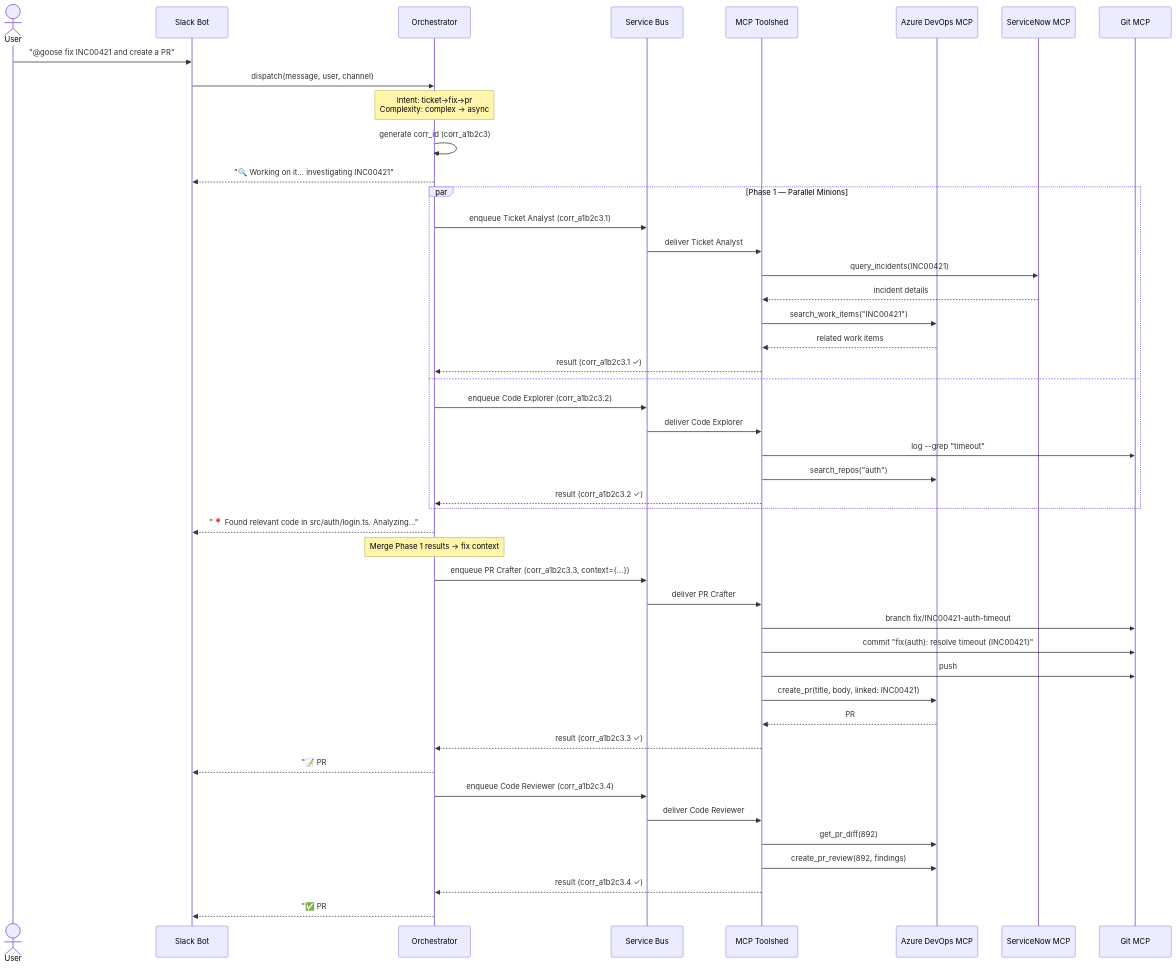
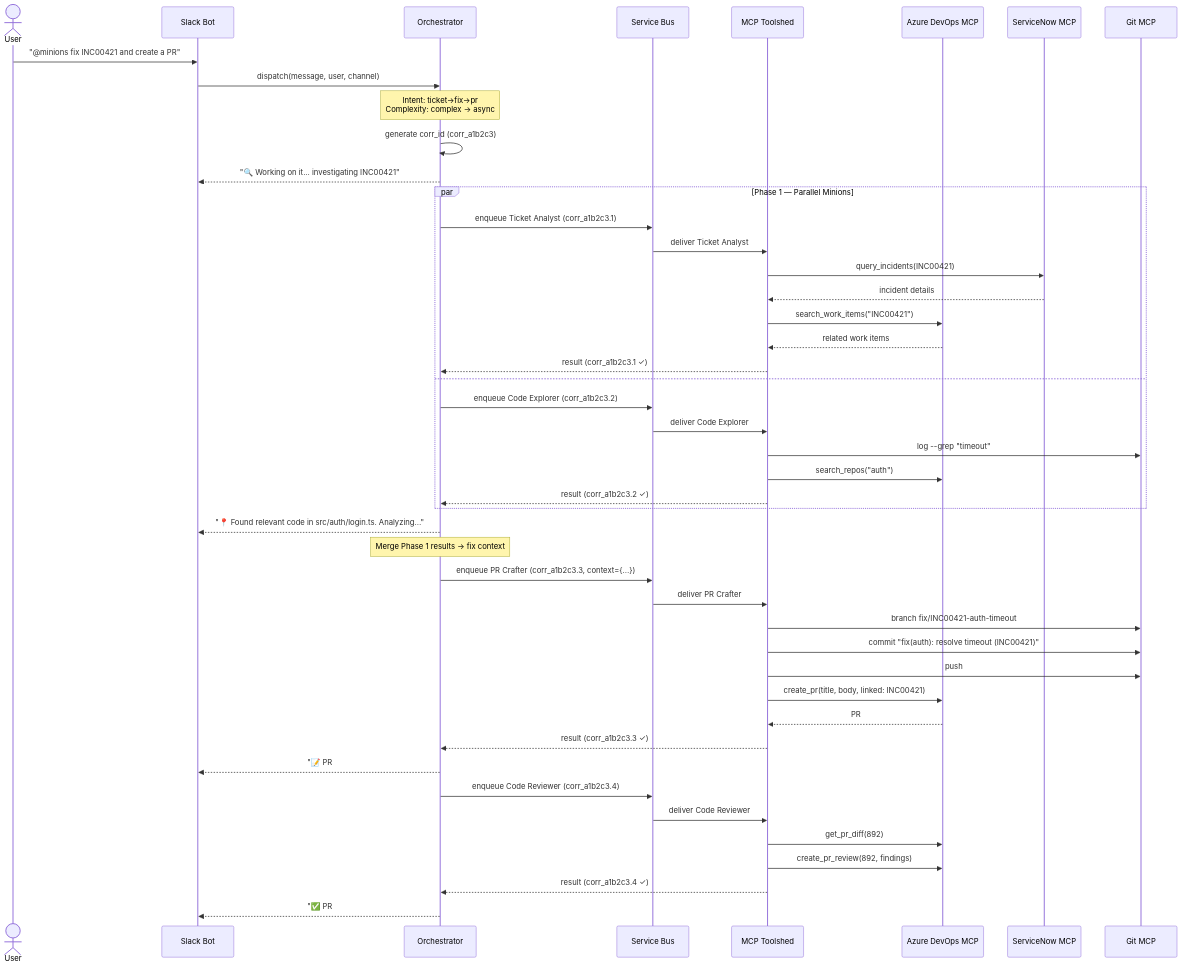
One commit to dr-paulb/managed-service-minions changed the seventh of 12 diagrams in docs/logical-architecture.md. Above: the diagram before and after it, drawn with Mermaid. The commit also changed other lines of this file and 12 other files, not shown here.

First line of the commit message:
refactor: use @minions as the chat handle instead of @goose

````diff
--- a/docs/logical-architecture.md
+++ b/docs/logical-architecture.md
@@ -442,58 +442,58 @@
 ```mermaid
 sequenceDiagram
     actor User
     participant Slack as Slack Bot
     participant Orch as Orchestrator
     participant SB as Service Bus
     participant MCP as MCP Toolshed
     participant ADO as Azure DevOps MCP
     participant SN as ServiceNow MCP
     participant Git as Git MCP
     
-    User->>Slack: "@goose fix INC00421 and create a PR"
+    User->>Slack: "@minions fix INC00421 and create a PR"
     Slack->>Orch: dispatch(message, user, channel)
     
     Note over Orch: Intent: ticket→fix→pr<br/>Complexity: complex → async
     
     Orch->>Orch: generate corr_id (corr_a1b2c3)
     Orch-->>Slack: "🔍 Working on it... investigating INC00421"
     
     par Phase 1 — Parallel Minions
         Orch->>SB: enqueue Ticket Analyst (corr_a1b2c3.1)
         SB->>MCP: deliver Ticket Analyst
         MCP->>SN: query_incidents(INC00421)
         SN-->>MCP: incident details
         MCP->>ADO: search_work_items("INC00421")
         ADO-->>MCP: related work items
         MCP-->>Orch: result (corr_a1b2c3.1 ✓)
     and
         Orch->>SB: enqueue Code Explorer (corr_a1b2c3.2)
         SB->>MCP: deliver Code Explorer
         MCP->>Git: log --grep "timeout"
         MCP->>ADO: search_repos("auth")
         MCP-->>Orch: result (corr_a1b2c3.2 ✓)
     end
     
     Orch-->>Slack: "📍 Found relevant code in src/auth/login.ts. Analyzing..."
     
     Note over Orch: Merge Phase 1 results → fix context
     
     Orch->>SB: enqueue PR Crafter (corr_a1b2c3.3, context={...})
     SB->>MCP: deliver PR Crafter
     MCP->>Git: branch fix/INC00421-auth-timeout
     MCP->>Git: commit "fix(auth): resolve timeout (INC00421)"
     MCP->>Git: push
     MCP->>ADO: create_pr(title, body, linked: INC00421)
     ADO-->>MCP: PR #892 created
     MCP-->>Orch: result (corr_a1b2c3.3 ✓)
     
     Orch-->>Slack: "📝 PR #892 created. Reviewing..."
     
     Orch->>SB: enqueue Code Reviewer (corr_a1b2c3.4)
     SB->>MCP: deliver Code Reviewer
     MCP->>ADO: get_pr_diff(892)
     MCP->>ADO: create_pr_review(892, findings)
     MCP-->>Orch: result (corr_a1b2c3.4 ✓)
     
     Orch-->>Slack: "✅ PR #892: fix(auth): resolve timeout (INC00421)\n│ Review: 2 minor suggestions\n│ [View PR] [Approve]"
 ```
````
